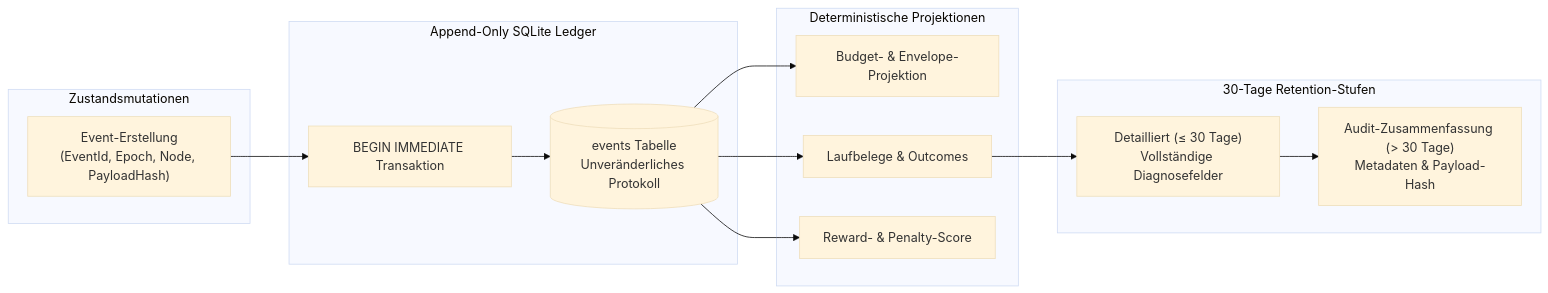
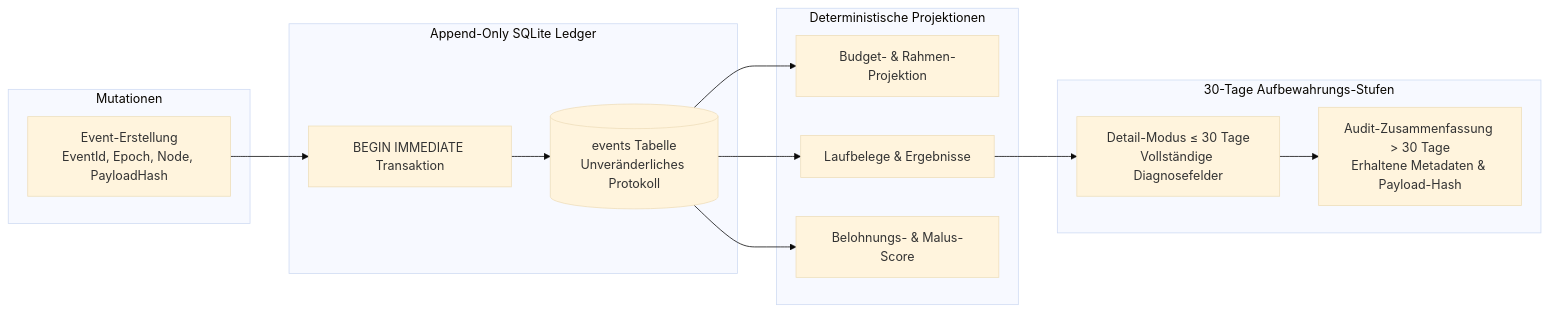
One commit to dev-bricks/automation-master changed the third of 3 diagrams in README_de.md. Above: the diagram before and after it, drawn with Mermaid (base theme). The commit also changed other lines of this file and 10 other files, not shown here.

````diff
--- a/README_de.md
+++ b/README_de.md
@@ -145,30 +210,30 @@
 ```mermaid
 graph LR
-    subgraph Input ["Zustandsmutationen"]
-        EV["Event-Erstellung<br/>(EventId, Epoch, Node, PayloadHash)"]
+    subgraph Input ["Mutationen"]
+        EV["Event-Erstellung<br/>EventId, Epoch, Node, PayloadHash"]
     end
 
     subgraph Ledger ["Append-Only SQLite Ledger"]
         TX["BEGIN IMMEDIATE Transaktion"]
         TAB[("events Tabelle<br/>Unveränderliches Protokoll")]
     end
 
     subgraph Projections ["Deterministische Projektionen"]
-        BUDGET["Budget- & Envelope-Projektion"]
-        RECEIPTS["Laufbelege & Outcomes"]
-        REWARD["Reward- & Penalty-Score"]
+        BUDGET["Budget- & Rahmen-Projektion"]
+        RECEIPTS["Laufbelege & Ergebnisse"]
+        REWARD["Belohnungs- & Malus-Score"]
     end
 
-    subgraph Retention ["30-Tage Retention-Stufen"]
-        DETAILED["Detailliert (&le; 30 Tage)<br/>Vollständige Diagnosefelder"]
-        SUMMARY["Audit-Zusammenfassung (> 30 Tage)<br/>Metadaten & Payload-Hash"]
+    subgraph Retention ["30-Tage Aufbewahrungs-Stufen"]
+        DETAILED["Detail-Modus &le; 30 Tage<br/>Vollständige Diagnosefelder"]
+        SUMMARY["Audit-Zusammenfassung &gt; 30 Tage<br/>Erhaltene Metadaten & Payload-Hash"]
     end
 
     EV --> TX
     TX --> TAB
     TAB --> BUDGET
     TAB --> RECEIPTS
     TAB --> REWARD
     RECEIPTS --> DETAILED
     DETAILED --> SUMMARY
 ```
````
